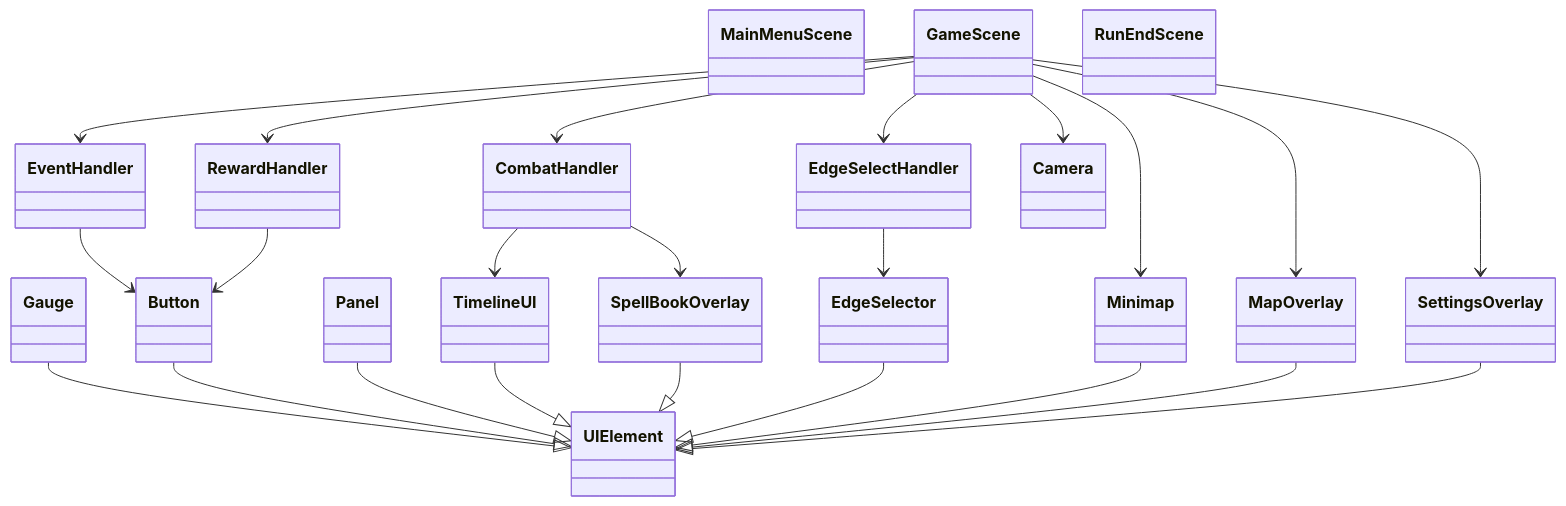
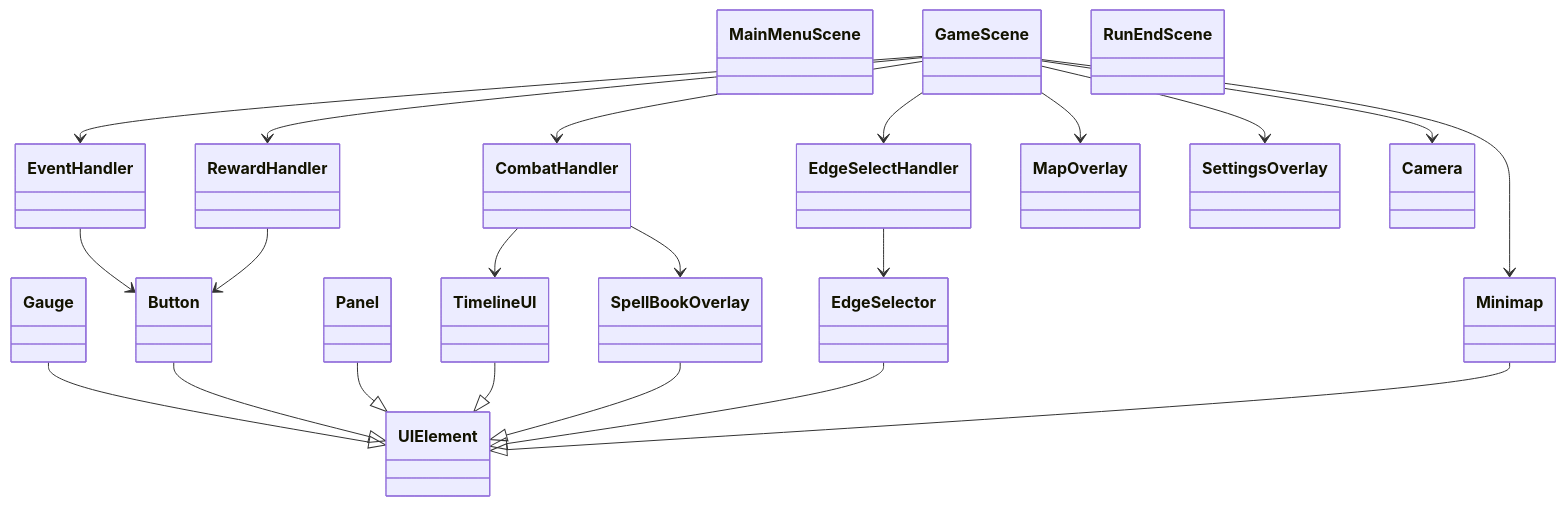
Before and after one commit to rlatndud9090/frdy: the sixth of 6 diagrams in docs/wiki/systems/class-architecture.md, drawn with Mermaid. The commit also changed 9 other files, not shown here.

First line of the commit message:
docs: UI 오버레이 계층 다이어그램 정정 (#70)

````diff
--- a/docs/wiki/systems/class-architecture.md
+++ b/docs/wiki/systems/class-architecture.md
@@ -172,47 +172,45 @@
 ```mermaid
 classDiagram
   class MainMenuScene
   class GameScene
   class RunEndScene
   class CombatHandler
   class EventHandler
   class EdgeSelectHandler
   class RewardHandler
 
   class UIElement
   class Gauge
   class Button
   class Panel
   class TimelineUI
   class SpellBookOverlay
   class EdgeSelector
   class Minimap
   class MapOverlay
   class SettingsOverlay
   class Camera
 
   CombatHandler --> TimelineUI
   CombatHandler --> SpellBookOverlay
   EventHandler --> Button
   RewardHandler --> Button
   EdgeSelectHandler --> EdgeSelector
 
   Gauge --|> UIElement
   Button --|> UIElement
   Panel --|> UIElement
   TimelineUI --|> UIElement
   SpellBookOverlay --|> UIElement
   EdgeSelector --|> UIElement
   Minimap --|> UIElement
-  MapOverlay --|> UIElement
-  SettingsOverlay --|> UIElement
 
   GameScene --> CombatHandler
   GameScene --> EventHandler
   GameScene --> EdgeSelectHandler
   GameScene --> RewardHandler
   GameScene --> Minimap
   GameScene --> MapOverlay
   GameScene --> SettingsOverlay
   GameScene --> Camera
 ```
````
